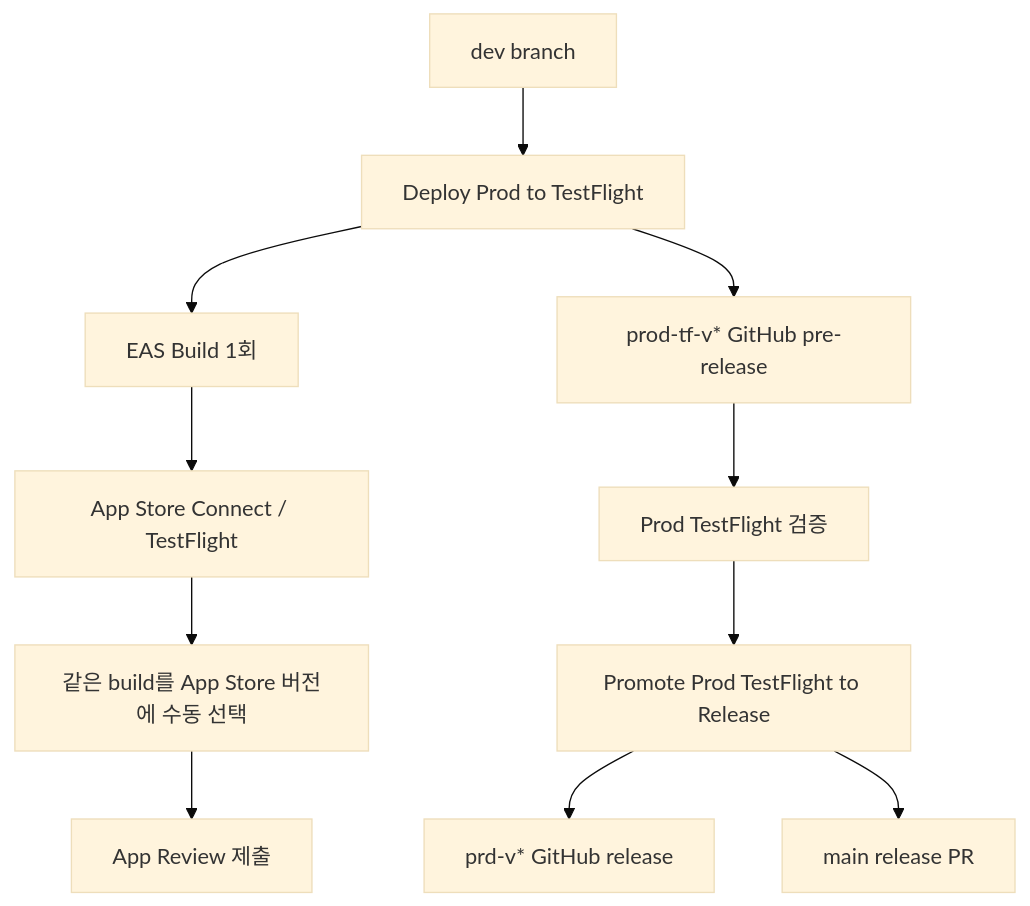
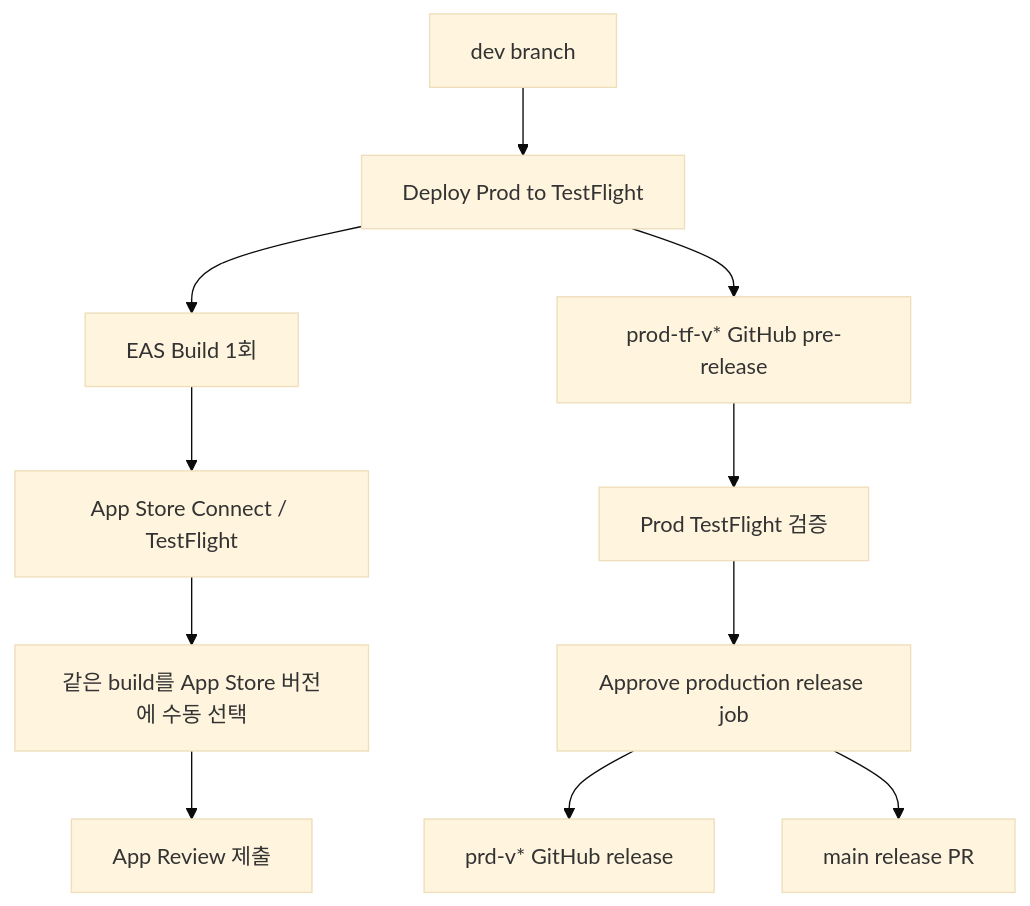
Before and after one commit to DDD-Community/detox.mate-fe: the third of 5 diagrams in docs/js-bundle-swap.md, drawn with Mermaid (base theme). The commit also changed other lines of this file and 2 other files, not shown here.

First line of the commit message:
ci(deploy): TestFlight 승인형 운영 승격 플로우 적용

````diff
--- a/docs/js-bundle-swap.md
+++ b/docs/js-bundle-swap.md
@@ -135,14 +135,14 @@
 ```mermaid
 flowchart TB
   Dev[dev branch] --> TF[Deploy Prod to TestFlight]
   TF --> Build[EAS Build 1회]
   Build --> ASC[App Store Connect / TestFlight]
   TF --> TfRelease[prod-tf-v* GitHub pre-release]
 
   TfRelease --> QA[Prod TestFlight 검증]
-  QA --> Promote[Promote Prod TestFlight to Release]
+  QA --> Promote[Approve production release job]
   Promote --> PrdRelease[prd-v* GitHub release]
   Promote --> MainPR[main release PR]
   ASC --> Manual[같은 build를 App Store 버전에 수동 선택]
   Manual --> Review[App Review 제출]
 ```
````
